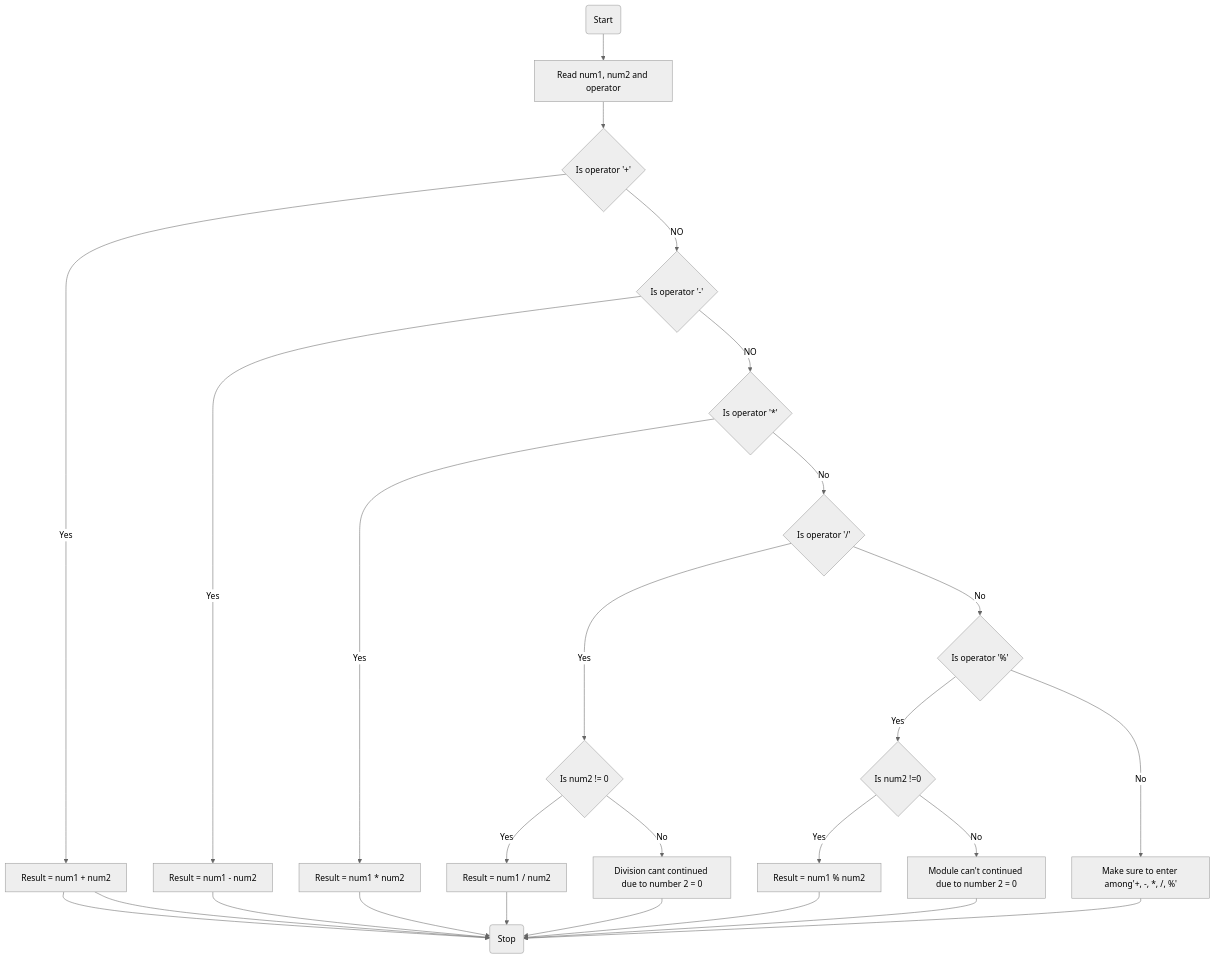
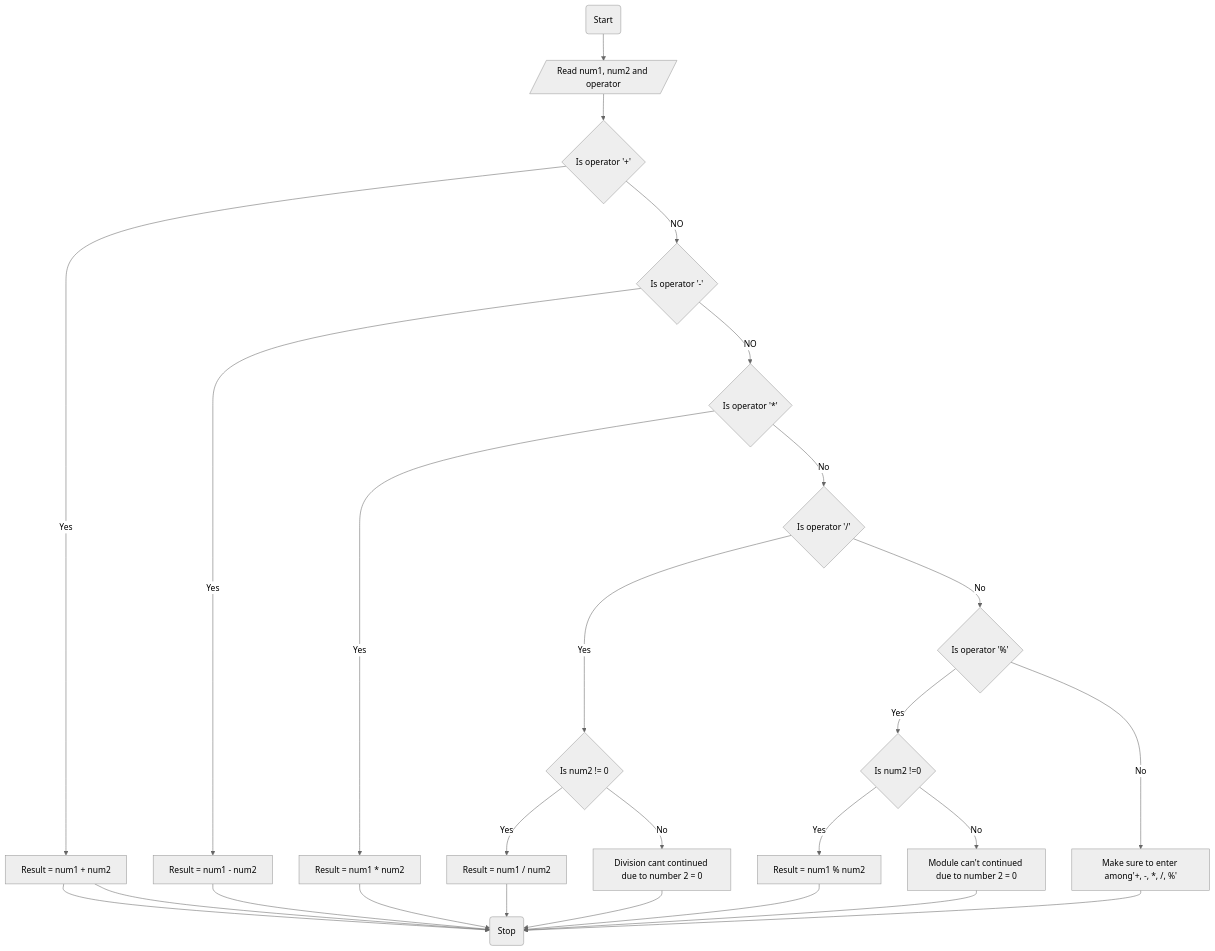
Before and after one commit to SWEG-2015EC-Batch/Code-Warrior: the diagram in ETS1351_15_Yabets_Maregn/simple_calculator/flowchart.md, drawn with Mermaid (neutral theme).

````diff
--- a/ETS1351_15_Yabets_Maregn/simple_calculator/flowchart.md
+++ b/ETS1351_15_Yabets_Maregn/simple_calculator/flowchart.md
@@ -1,28 +1,28 @@
 ```mermaid
 graph TD
-A(Start) --> B[Read num1, num2 and operator]
+A(Start) --> B[/Read num1, num2 and operator/]
 B --> C{Is operator '+'}
 C -- Yes --> D[Result = num1 + num2]
 C -- NO --> E{Is operator '-'}
 E -- Yes --> F[Result = num1 - num2]
 E -- NO --> G{Is operator '*'}
 G -- Yes --> H[Result = num1 * num2]
 G -- No --> I{Is operator '/'}
 I -- Yes --> J{Is num2 != 0}
 J -- Yes --> K[Result = num1 / num2]
 J -- No --> L[Division cant continued due to number 2 = 0]
 I -- No --> M{Is operator '%'}
 M -- Yes --> N{Is num2 !=0}
 N -- Yes --> O[Result = num1 % num2]
 N -- No --> P[Module can't continued due to number 2 = 0]
 M -- No --> Q[Make sure to enter among'+, -, *, /, %']
 Q --> R(Stop)
 D --> R(Stop)
 F --> R(Stop)
 D --> R(Stop)
 H --> R(Stop)
 K --> R(Stop)
 L --> R(Stop)
 O --> R(Stop)
 P --> R(Stop)
 ```
````
